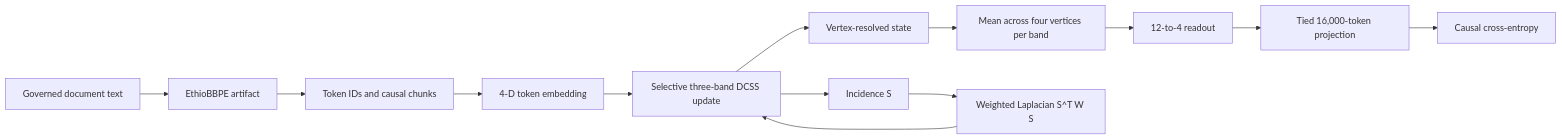
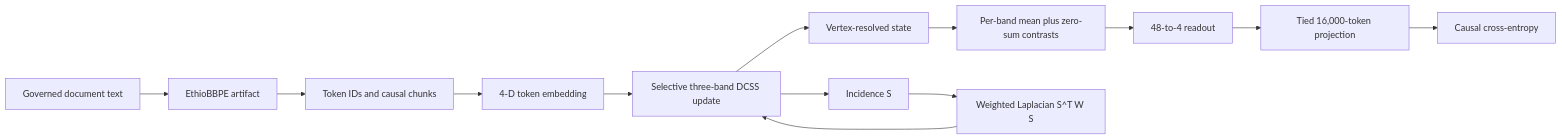
The diagram in Architecture.md (nexuss0781/CDI), drawn with Mermaid before and after one commit. The commit also changed other lines of this file and 6 other files, not shown here.

````diff
--- a/Architecture.md
+++ b/Architecture.md
@@ -19,16 +19,16 @@
 ```mermaid
 flowchart LR
     A[Governed document text] --> B[EthioBBPE artifact]
     B --> C[Token IDs and causal chunks]
     C --> D[4-D token embedding]
     D --> E[Selective three-band DCSS update]
     E --> F[Vertex-resolved state]
-    F --> G[Mean across four vertices per band]
-    G --> H[12-to-4 readout]
+    F --> G[Per-band mean plus zero-sum contrasts]
+    G --> H[48-to-4 readout]
     H --> I[Tied 16,000-token projection]
     I --> J[Causal cross-entropy]
 
     E --> K[Incidence S]
     K --> L[Weighted Laplacian S^T W S]
     L --> E
 ```
````
